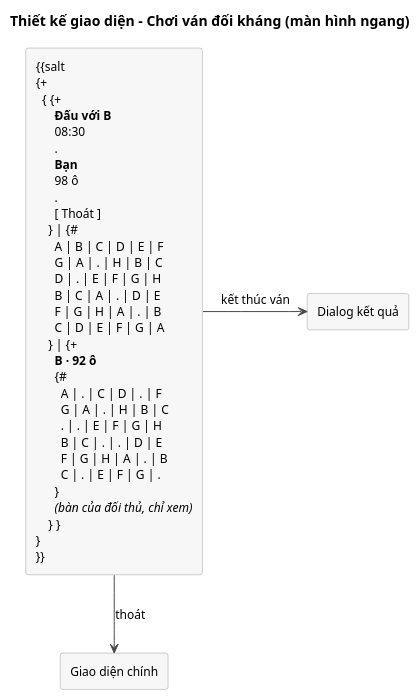
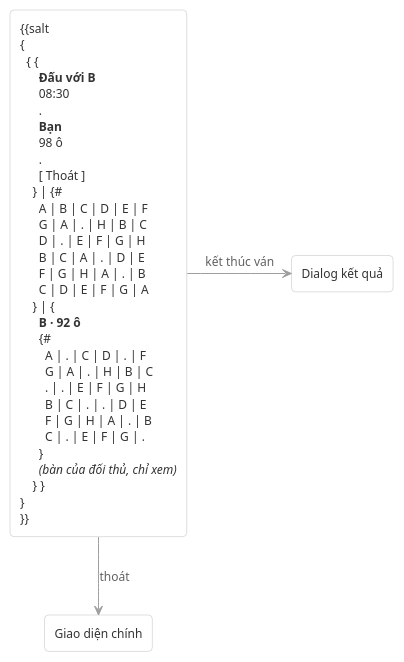
The diagram in docs/uml/pha3/ui-m4-2.puml (VattenL/mobile-pikachu), drawn with PlantUML before and after one commit. The commit also changed 14 other files, not shown here.

First line of the commit message:
docs: shorter activity diagrams, minimal wireframes, VP protocol flow

```diff
--- a/docs/uml/pha3/ui-m4-2.puml
+++ b/docs/uml/pha3/ui-m4-2.puml
@@ -1,51 +1,52 @@
 @startuml ui-m4-2
-title Thiết kế giao diện - Chơi ván đối kháng (màn hình ngang)
-
 skinparam shadowing false
 skinparam defaultFontSize 12
-skinparam ArrowColor #4A4A4A
+skinparam defaultFontColor #333333
+skinparam ArrowColor #9E9E9E
+skinparam ArrowFontColor #616161
 skinparam rectangle {
-  BackgroundColor #F7F7F7
-  BorderColor #9E9E9E
+  BackgroundColor #FFFFFF
+  BorderColor #BDBDBD
+  RoundCorner 8
 }
 
 rectangle Match [
 {{salt
-{+
-  { {+
+{
+  { {
       <b>Đấu với B
       08:30
       .
       <b>Bạn
       98 ô
       .
       [ Thoát ]
     } | {#
       A | B | C | D | E | F
       G | A | . | H | B | C
       D | . | E | F | G | H
       B | C | A | . | D | E
       F | G | H | A | . | B
       C | D | E | F | G | A
-    } | {+
+    } | {
       <b>B · 92 ô
       {#
         A | . | C | D | . | F
         G | A | . | H | B | C
         . | . | E | F | G | H
         B | C | . | . | D | E
         F | G | H | A | . | B
         C | . | E | F | G | .
       }
       <i>(bàn của đối thủ, chỉ xem)
     } }
 }
 }}
 ]
 
 rectangle "Dialog kết quả" as Result
 rectangle "Giao diện chính" as Main
 
 Match -right-> Result : kết thúc ván
 Match -down-> Main : thoát
 @enduml
```
